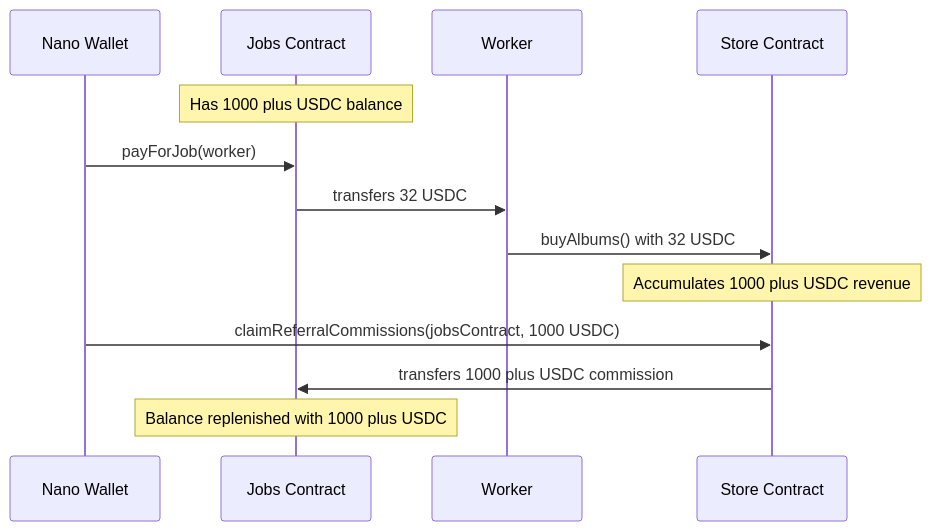
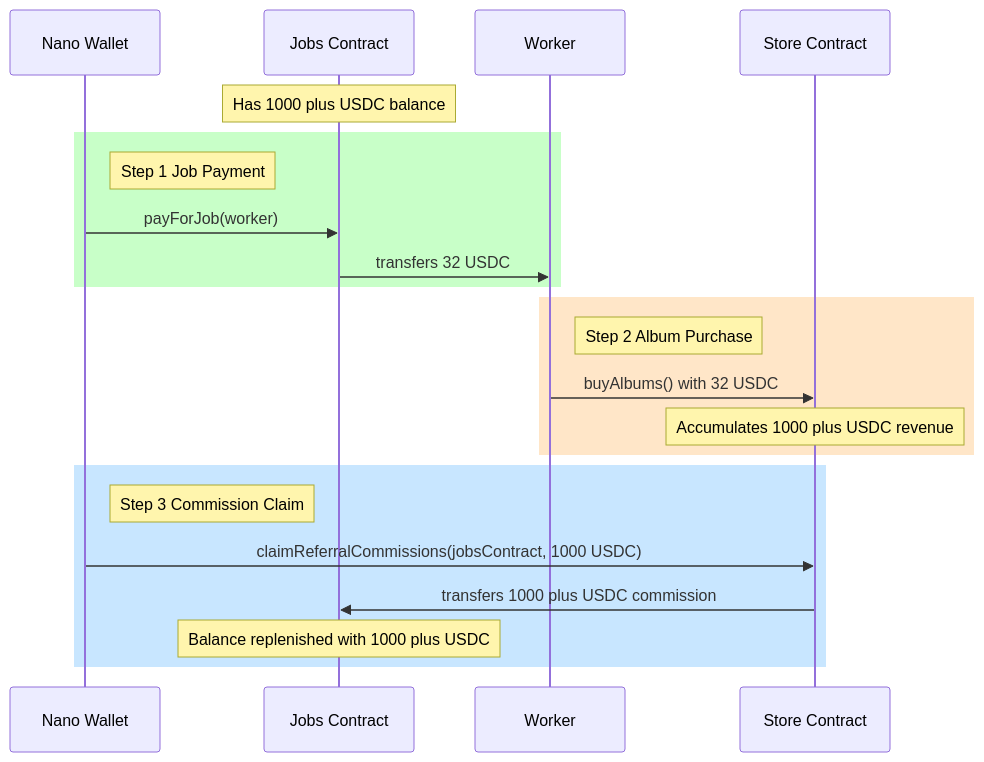
The second of 2 diagrams in SIMPLE_FLOW.md (rowhq/hitmachine), drawn with Mermaid before and after one commit. The commit also changed other lines of this file and 21 other files, not shown here.

First line of the commit message:
feat: Update diagrams to show method names and group simultaneous actions

````diff
--- a/SIMPLE_FLOW.md
+++ b/SIMPLE_FLOW.md
@@ -46,16 +46,25 @@
 ```mermaid
 sequenceDiagram
     participant N as Nano Wallet
     participant J as Jobs Contract
     participant W as Worker
     participant S as Store Contract
     
     Note over J: Has 1000 plus USDC balance
-    N->>J: payForJob(worker)
-    J->>W: transfers 32 USDC
-    W->>S: buyAlbums() with 32 USDC
-    Note over S: Accumulates 1000 plus USDC revenue
-    N->>S: claimReferralCommissions(jobsContract, 1000 USDC)
-    S->>J: transfers 1000 plus USDC commission
-    Note over J: Balance replenished with 1000 plus USDC
+    rect rgb(200, 255, 200)
+        Note right of N: Step 1 Job Payment
+        N->>J: payForJob(worker)
+        J->>W: transfers 32 USDC
+    end
+    rect rgb(255, 230, 200)
+        Note right of W: Step 2 Album Purchase
+        W->>S: buyAlbums() with 32 USDC
+        Note over S: Accumulates 1000 plus USDC revenue
+    end
+    rect rgb(200, 230, 255)
+        Note right of N: Step 3 Commission Claim
+        N->>S: claimReferralCommissions(jobsContract, 1000 USDC)
+        S->>J: transfers 1000 plus USDC commission
+        Note over J: Balance replenished with 1000 plus USDC
+    end
 ```
````
